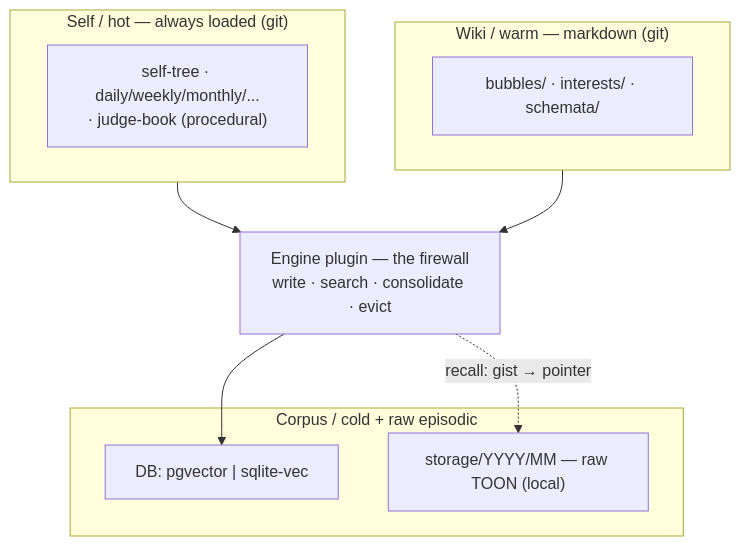
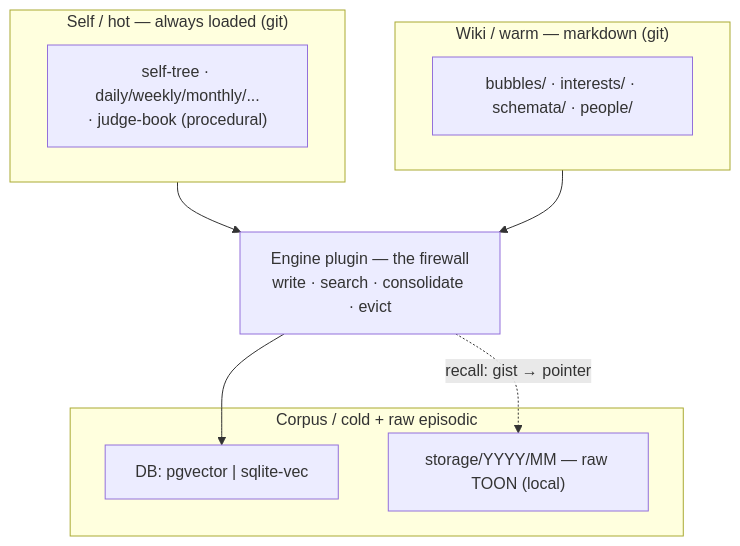
Before and after one commit to syahiidkamil/vibe-ai-partner-entity: the first of 3 diagrams in work_dir/saori/zero_to_one_memory/03_high_level_implementation.md, drawn with Mermaid. The commit also changed other lines of this file and 2 other files, not shown here.

First line of the commit message:
docs(memory): refine zero_to_one design — people, interfaces, naming

````diff
--- a/work_dir/saori/zero_to_one_memory/03_high_level_implementation.md
+++ b/work_dir/saori/zero_to_one_memory/03_high_level_implementation.md
@@ -16,18 +16,18 @@
 ```mermaid
 flowchart TB
     subgraph HOT["Self / hot — always loaded (git)"]
         SELFTREE["self-tree · daily/weekly/monthly/...<br/>· judge-book (procedural)"]
     end
     subgraph WARM["Wiki / warm — markdown (git)"]
-        WIKI["bubbles/ · interests/ · schemata/"]
+        WIKI["bubbles/ · interests/ · schemata/ · people/"]
     end
     subgraph COLD["Corpus / cold + raw episodic"]
         DB["DB: pgvector | sqlite-vec"]
         STORE["storage/YYYY/MM — raw TOON (local)"]
     end
     FW["Engine plugin — the firewall<br/>write · search · consolidate · evict"]
     HOT --> FW
     WARM --> FW
     FW --> DB
     FW -.->|recall: gist → pointer| STORE
 ```
````
